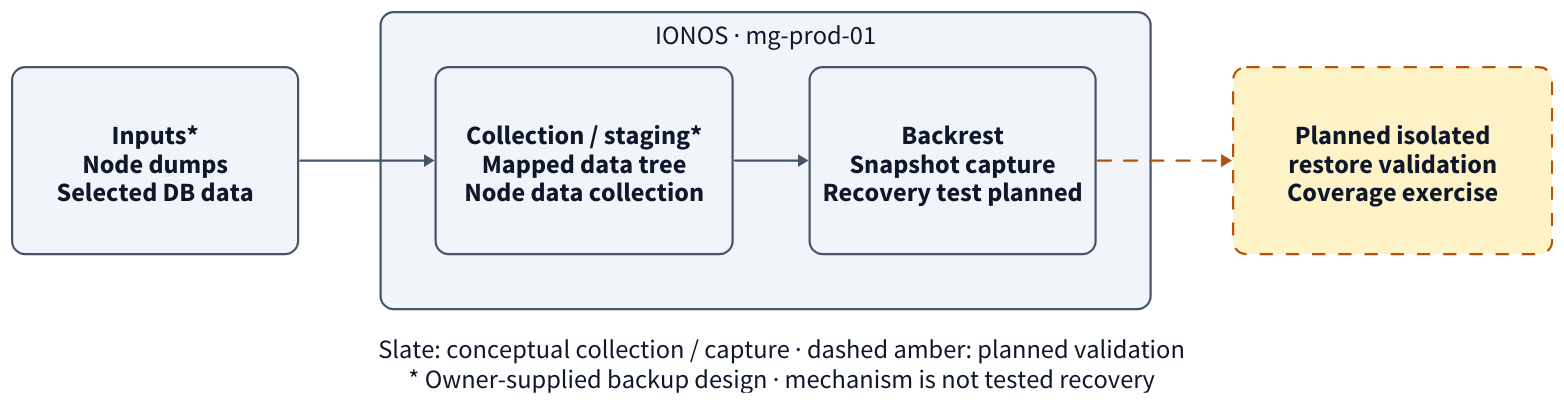
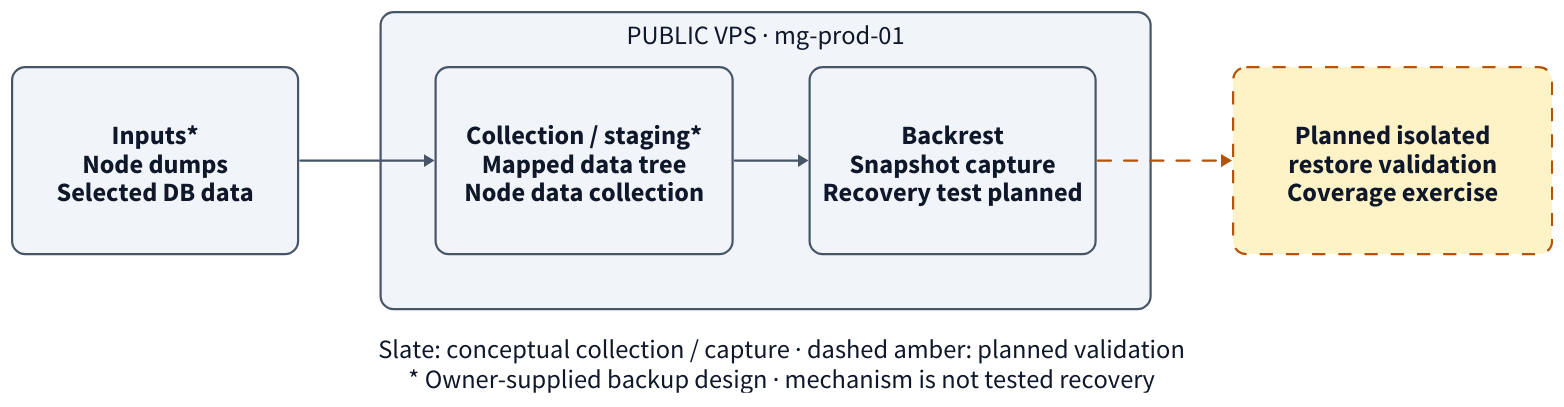
One commit to matteo-genovese/mg-lab changed the diagram in diagrams/src/backup-dataflow.d2. Above: the diagram before and after it, drawn with D2. The commit also changed 32 other files, not shown here.

```diff
--- a/diagrams/src/backup-dataflow.d2
+++ b/diagrams/src/backup-dataflow.d2
@@ -1,35 +1,35 @@
 direction: right
 vars: {d2-config: {layout-engine: elk; theme-id: 0}}
 **.style.font-size: 24
 **.style.font-color: "#0f172a"
 **.style.border-radius: 12
 classes: {
   default: {style: {fill: "#f1f5f9"; stroke: "#475569"; font-color: "#0f172a"; font-size: 24; border-radius: 12}}
   control: {style.fill: "#ede9fe"; style.stroke: "#7c3aed"}
   monitor: {style.fill: "#d1fae5"; style.stroke: "#047857"}
   overlay: {style.fill: "#ccfbf1"; style.stroke: "#0f766e"}
   caveat: {style.fill: "#fef3c7"; style.stroke: "#b45309"}
   planned: {style.fill: "#fef3c7"; style.stroke: "#b45309"; style.stroke-dash: 6}
   public: {style.stroke: "#047857"; style.stroke-width: 3; style.font-size: 24; style.font-color: "#0f172a"}
   private: {style.stroke: "#0f766e"; style.stroke-width: 3; style.stroke-dash: 6; style.font-size: 24; style.font-color: "#0f172a"}
   flow: {style.stroke: "#475569"; style.stroke-width: 2; style.font-size: 24; style.font-color: "#0f172a"}
   uncertain: {style.stroke: "#b45309"; style.stroke-dash: 6; style.font-size: 24; style.font-color: "#0f172a"}
 }
 inputs: "Inputs*\nNode dumps\nSelected DB data" {class: default; width: 260; height: 170}
-prod: "IONOS · mg-prod-01" {
+prod: "PUBLIC VPS · mg-prod-01" {
   direction: right
   class: default
   tree: "Collection / staging*\nMapped data tree\nNode data collection" {class: default; width: 270; height: 170}
   backrest: "Backrest\nSnapshot capture\nRecovery test planned" {class: default; width: 260; height: 170}
   tree -> backrest: {class: flow}
 }
 recovery: "Planned isolated\nrestore validation\nCoverage exercise" {class: planned; width: 290; height: 170}
 inputs -> prod.tree: {class: flow}
 prod.backrest -> recovery: {class: uncertain}
 
 legend: "Slate: conceptual collection / capture · dashed amber: planned validation\n* Owner-supplied backup design · mechanism is not tested recovery" {
   shape: text
   near: bottom-center
   style.font-size: 24
   style.font-color: "#0f172a"
 }
```
